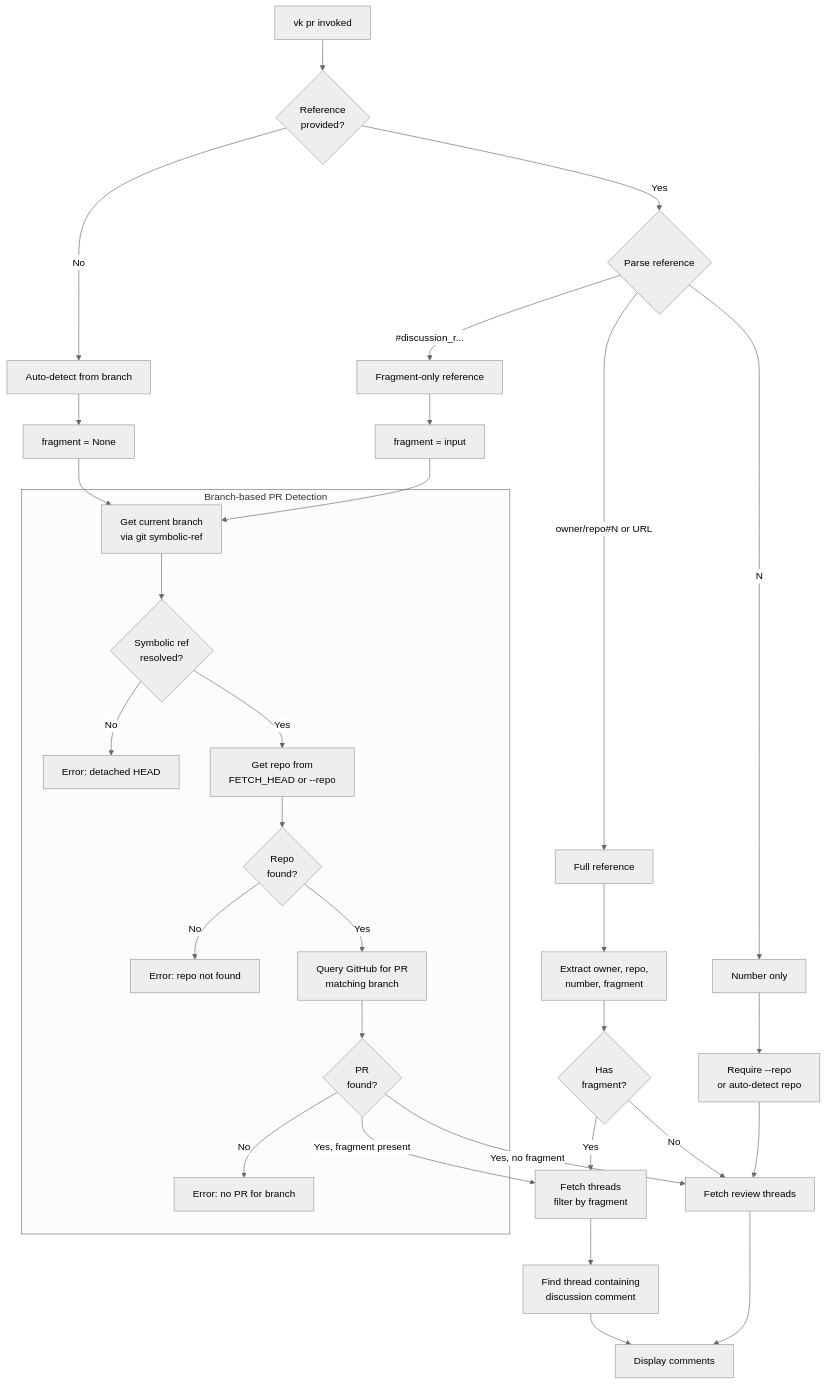
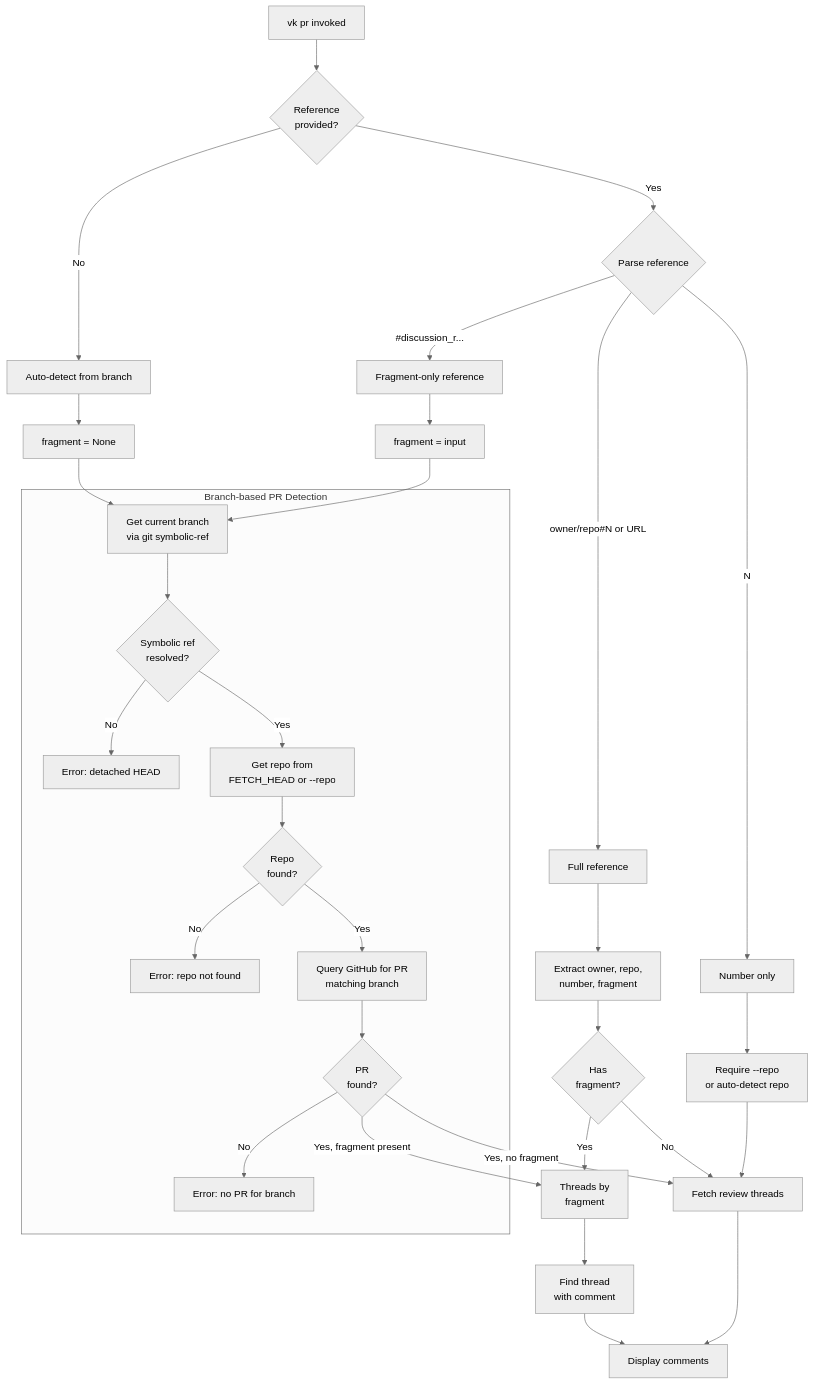
Before and after one commit to leynos/vk: the fourth of 5 diagrams in docs/vk-design.md, drawn with Mermaid (neutral theme). The commit also changed other lines of this file and 14 other files, not shown here.

````diff
--- a/docs/vk-design.md
+++ b/docs/vk-design.md
@@ -230,44 +250,46 @@
 ```mermaid
 flowchart TD
     START[vk pr invoked] --> CHECK_REF{Reference<br/>provided?}
 
     CHECK_REF -->|No| AUTO[Auto-detect from branch]
     CHECK_REF -->|Yes| PARSE_REF{Parse reference}
 
     PARSE_REF -->|"#discussion_r..."| FRAG_ONLY[Fragment-only reference]
     PARSE_REF -->|"owner/repo#N" or URL| FULL_REF[Full reference]
     PARSE_REF -->|"N"| NUMBER_ONLY[Number only]
 
     AUTO --> SET_NO_FRAG[fragment = None]
     FRAG_ONLY --> SET_FRAG[fragment = input]
 
     subgraph branch_detect [Branch-based PR Detection]
         GET_BRANCH[Get current branch<br/>via git symbolic-ref]
         GET_BRANCH --> BRANCH_OK{Symbolic ref<br/>resolved?}
         BRANCH_OK -->|No| ERR_DETACHED[Error: detached HEAD]
         BRANCH_OK -->|Yes| GET_REPO[Get repo from<br/>FETCH_HEAD or --repo]
         GET_REPO --> REPO_OK{Repo<br/>found?}
         REPO_OK -->|No| ERR_REPO[Error: repo not found]
         REPO_OK -->|Yes| QUERY_PR[Query GitHub for PR<br/>matching branch]
         QUERY_PR --> PR_FOUND{PR<br/>found?}
         PR_FOUND -->|No| ERR_NO_PR[Error: no PR for branch]
     end
 
     SET_NO_FRAG --> GET_BRANCH
     SET_FRAG --> GET_BRANCH
 
     PR_FOUND -->|"Yes, fragment present"| FETCH_WITH_FRAG
     PR_FOUND -->|"Yes, no fragment"| FETCH_THREADS
 
     FULL_REF --> EXTRACT[Extract owner, repo,<br/>number, fragment]
     EXTRACT --> HAS_FRAG{Has<br/>fragment?}
     HAS_FRAG -->|Yes| FETCH_WITH_FRAG
     HAS_FRAG -->|No| FETCH_THREADS
 
     NUMBER_ONLY --> NEED_REPO[Require --repo<br/>or auto-detect repo]
     NEED_REPO --> FETCH_THREADS
 
     FETCH_THREADS[Fetch review threads] --> DISPLAY[Display comments]
-    FETCH_WITH_FRAG[Fetch threads<br/>filter by fragment] --> FIND_THREAD[Find thread containing<br/>discussion comment]
+    FETCH_WITH_FRAG[Threads by<br/>fragment]
+    FIND_THREAD[Find thread<br/>with comment]
+    FETCH_WITH_FRAG --> FIND_THREAD
     FIND_THREAD --> DISPLAY
 ```
````
